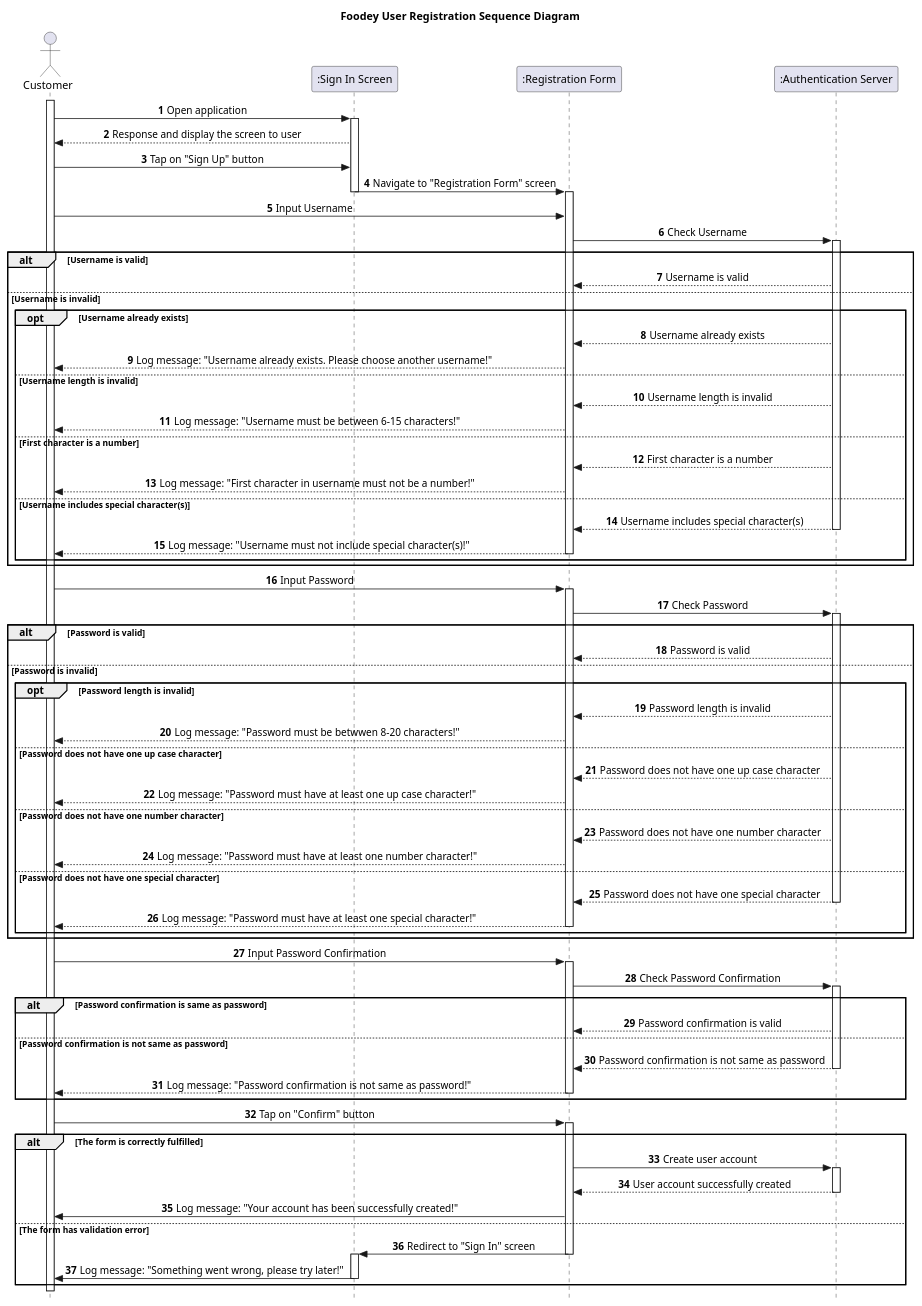
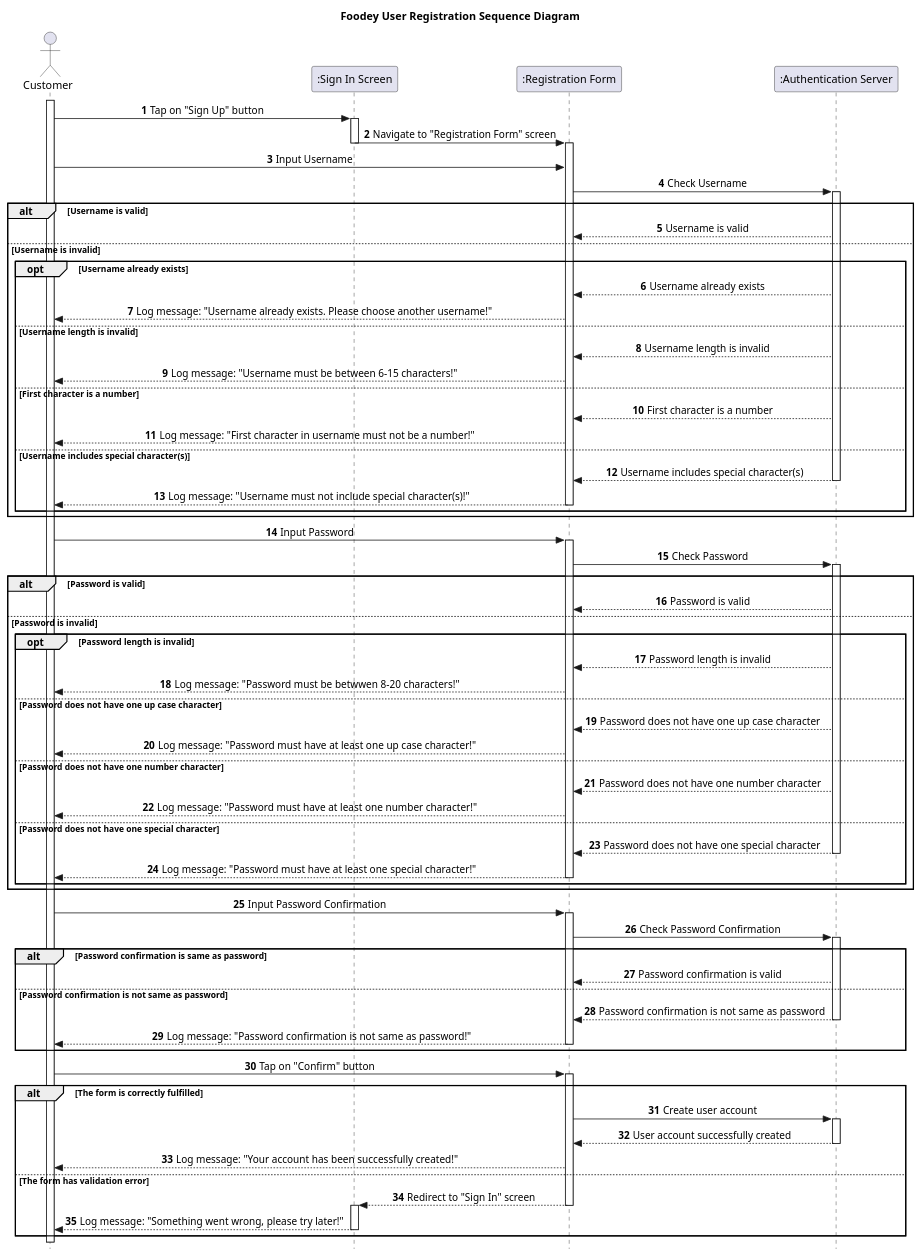
The diagram in Lab 1/Lab 1.2/sequence.wsd (ledoantantri/SE357-Pratice-class), drawn with PlantUML before and after one commit. The commit also changed 1 other file, not shown here.

```diff
--- a/Lab 1/Lab 1.2/sequence.wsd
+++ b/Lab 1/Lab 1.2/sequence.wsd
@@ -1,112 +1,107 @@
 @startuml Foodey_sequence
 
 title Foodey User Registration Sequence Diagram
 
 skinparam Style strictuml
 skinparam sequenceMessageAlign center
 
 actor "Customer" as Cm
 participant ":Sign In Screen" as SI
 participant ":Registration Form" as RF
 participant ":Authentication Server" as AS
 
 autonumber
 
 activate Cm
-Cm -> SI: Open application
-
+Cm -> SI: Tap on "Sign Up" button
 activate SI
-SI --> Cm: Response and display the screen to user
-
-
-Cm -> SI: Tap on "Sign Up" button
 SI -> RF: Navigate to "Registration Form" screen
 deactivate SI
 
 activate RF
 
 '=============== Username ==============='
 Cm -> RF: Input Username
 RF -> AS: Check Username
 activate AS
 
 alt Username is valid
     AS --> RF: Username is valid
 else Username is invalid
     opt Username already exists
         AS --> RF: Username already exists
         RF --> Cm: Log message: "Username already exists. Please choose another username!"
     else Username length is invalid
         AS --> RF: Username length is invalid
         RF --> Cm: Log message: "Username must be between 6-15 characters!"
     else First character is a number
         AS --> RF: First character is a number
         RF --> Cm: Log message: "First character in username must not be a number!"
     else Username includes special character(s)
         AS --> RF: Username includes special character(s)
         deactivate AS
         RF --> Cm: Log message: "Username must not include special character(s)!"
         deactivate RF
     end
 end
 
 
 '=============== Password ==============='
 Cm -> RF: Input Password
 activate RF
 RF -> AS: Check Password
 activate AS
 
 alt Password is valid
     AS --> RF: Password is valid
 else Password is invalid
     opt Password length is invalid
         AS --> RF: Password length is invalid
         RF --> Cm: Log message: "Password must be betwwen 8-20 characters!"
     else Password does not have one up case character
         AS --> RF: Password does not have one up case character
         RF --> Cm: Log message: "Password must have at least one up case character!"
     else Password does not have one number character
         AS --> RF: Password does not have one number character
         RF --> Cm: Log message: "Password must have at least one number character!"
     else Password does not have one special character
         AS --> RF: Password does not have one special character
         deactivate AS
         RF --> Cm: Log message: "Password must have at least one special character!"
         deactivate RF
     end
 end
 
 '=============== Password Confirmation ==============='
 Cm -> RF: Input Password Confirmation
 activate RF
 RF -> AS: Check Password Confirmation
 activate AS
 
 alt Password confirmation is same as password
     AS --> RF: Password confirmation is valid
 else Password confirmation is not same as password
     AS --> RF: Password confirmation is not same as password
     deactivate AS
     RF --> Cm: Log message: "Password confirmation is not same as password!"
         deactivate RF
 end
 
 '=============== Confirm Registration Form ==============='
 Cm -> RF: Tap on "Confirm" button
 activate RF
 
 alt The form is correctly fulfilled
     RF -> AS: Create user account
     activate AS
     AS --> RF: User account successfully created
     deactivate AS
-    RF -> Cm: Log message: "Your account has been successfully created!"
+    RF --> Cm: Log message: "Your account has been successfully created!"
 else The form has validation error 
-    RF -> SI: Redirect to "Sign In" screen
+    RF --> SI: Redirect to "Sign In" screen
     deactivate RF
     activate SI
-    SI -> Cm: Log message: "Something went wrong, please try later!"
+    SI --> Cm: Log message: "Something went wrong, please try later!"
     deactivate SI
 end
 @enduml
```
